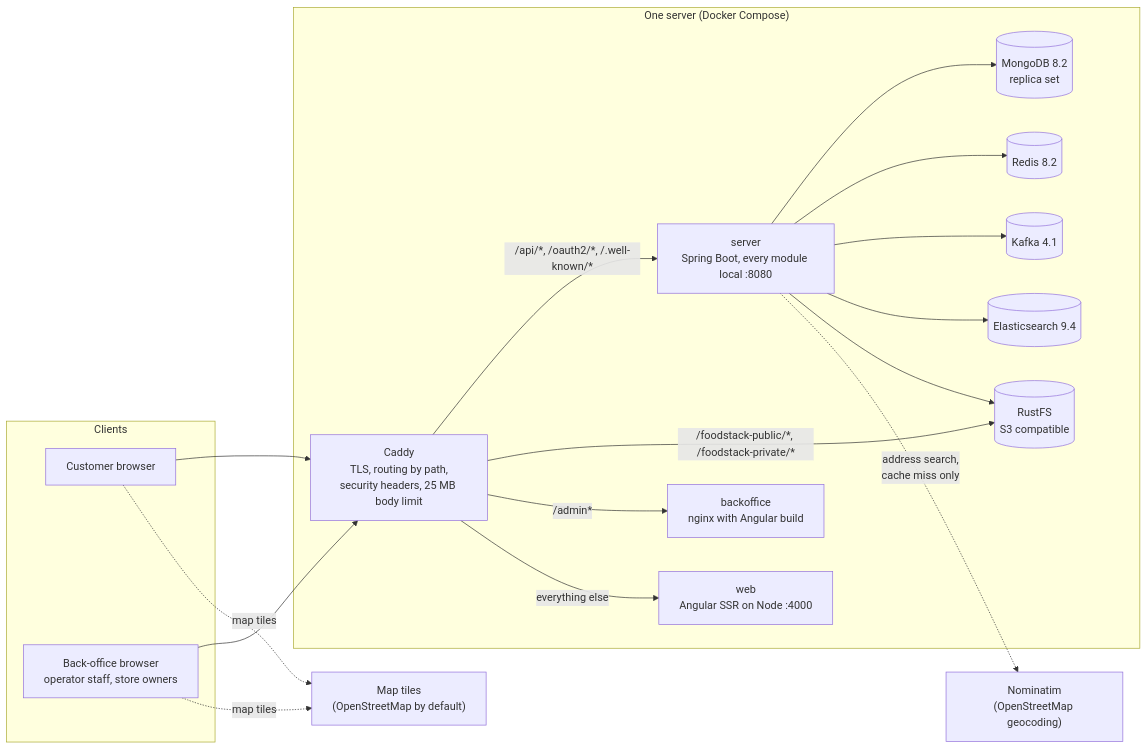
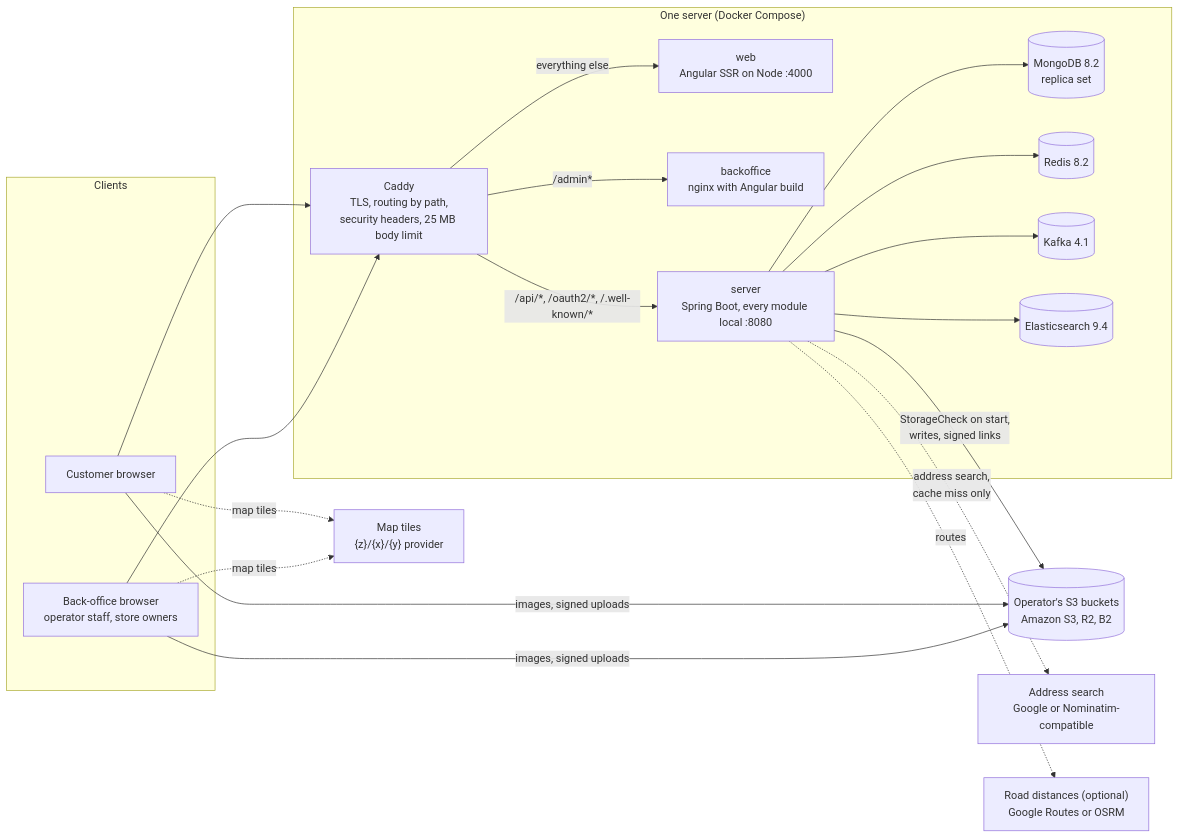
One commit to ilyaslabs/foodstack changed the first of 5 diagrams in docs/architecture/01-big-picture.md. Above: the diagram before and after it, drawn with Mermaid. The commit also changed other lines of this file and 55 other files, not shown here.

First line of the commit message:
Require the operator's own buckets and map provider; Google maps adapter

````diff
--- a/docs/architecture/01-big-picture.md
+++ b/docs/architecture/01-big-picture.md
@@ -9,37 +9,40 @@
 ```mermaid
 flowchart LR
     subgraph Clients
         C[Customer browser]
         B[Back-office browser<br/>operator staff, store owners]
     end
 
     subgraph Server["One server (Docker Compose)"]
         P["Caddy<br/>TLS, routing by path,<br/>security headers, 25 MB body limit"]
         W["web<br/>Angular SSR on Node :4000"]
         BO["backoffice<br/>nginx with Angular build"]
         S["server<br/>Spring Boot, every module local :8080"]
         M[("MongoDB 8.2<br/>replica set")]
         R[("Redis 8.2")]
         K[("Kafka 4.1")]
         E[("Elasticsearch 9.4")]
-        O[("RustFS<br/>S3 compatible")]
     end
 
-    N["Nominatim<br/>(OpenStreetMap geocoding)"]
-    T["Map tiles<br/>(OpenStreetMap by default)"]
+    O[("Operator's S3 buckets<br/>Amazon S3, R2, B2")]
+    N["Address search<br/>Google or Nominatim-compatible"]
+    RT["Road distances (optional)<br/>Google Routes or OSRM"]
+    T["Map tiles<br/>{z}/{x}/{y} provider"]
 
     C --> P
     B --> P
     P -- "/api/*, /oauth2/*, /.well-known/*" --> S
-    P -- "/foodstack-public/*, /foodstack-private/*" --> O
     P -- "/admin*" --> BO
     P -- "everything else" --> W
     S --> M
     S --> R
     S --> K
     S --> E
-    S --> O
+    S -- "StorageCheck on start,<br/>writes, signed links" --> O
+    C -- "images, signed uploads" --> O
+    B -- "images, signed uploads" --> O
     S -. "address search,<br/>cache miss only" .-> N
+    S -. "routes" .-> RT
     C -. "map tiles" .-> T
     B -. "map tiles" .-> T
 ```
````
